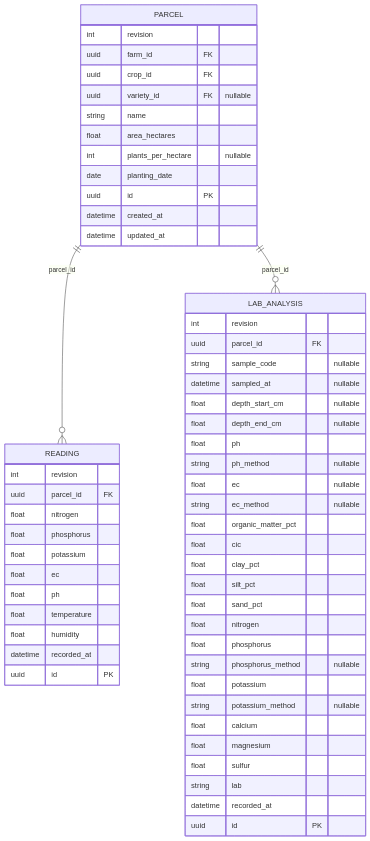
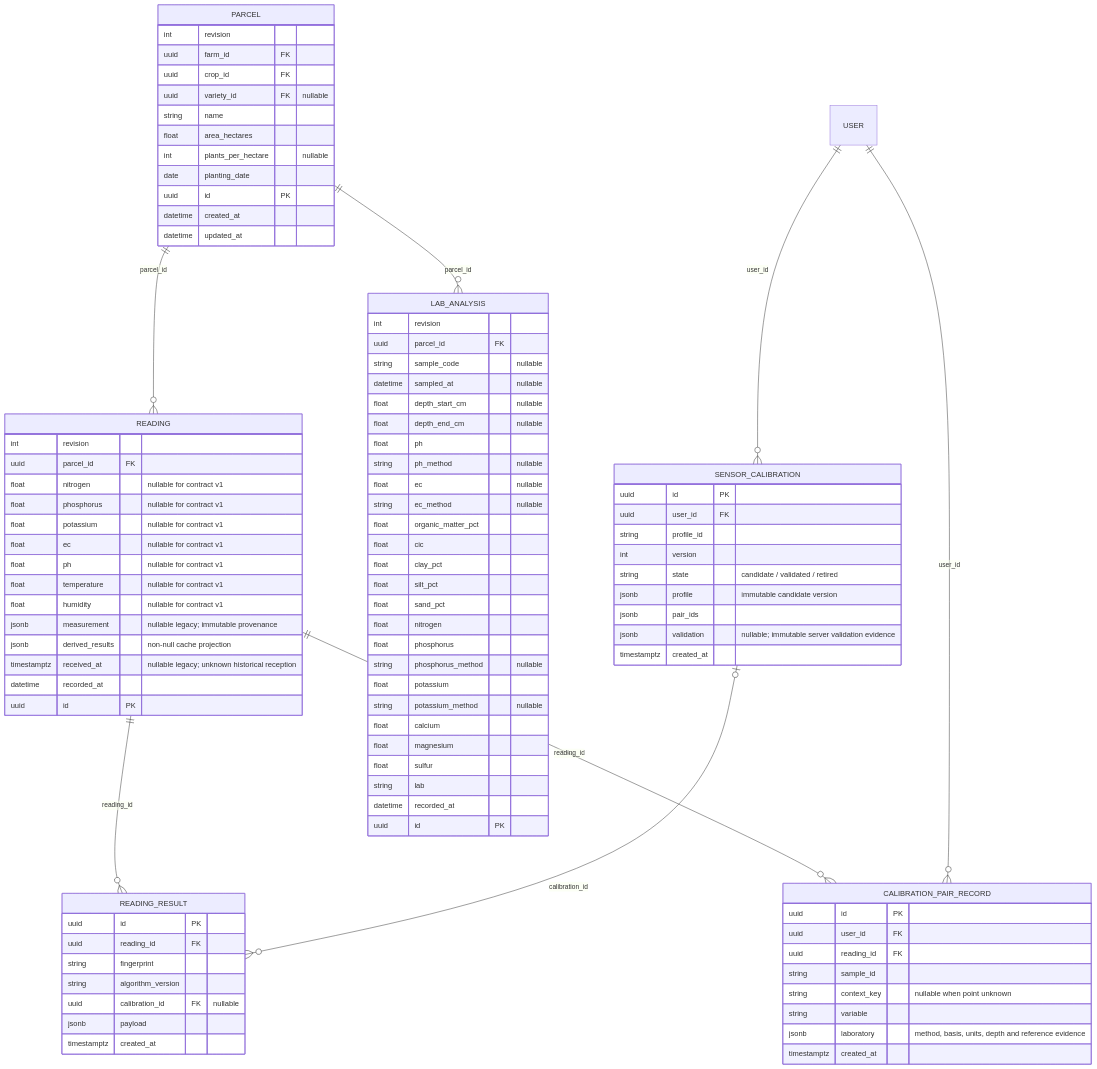
The diagram in docs/diagrams/er_diagrams/er_soil_data.mmd (ferjovel06/agrifos), drawn with Mermaid before and after one commit. The commit also changed 10 other files, not shown here.

Commit message:
docs(sensor): record software evidence and pending physical calibration

```diff
--- a/docs/diagrams/er_diagrams/er_soil_data.mmd
+++ b/docs/diagrams/er_diagrams/er_soil_data.mmd
@@ -1,58 +1,103 @@
 erDiagram
-    %% SQLAlchemy models at main f986ccb; 2026-10-08.
+    %% SQLAlchemy models at feat/npk-measurement-reliability 19df436; 2026-10-09.
+    %% Legacy readings require all seven values; contract v1 preserves only measured variables.
+    %% Canonical originals, results and paired evidence are immutable; derived_results is a cache projection.
     PARCEL ||--o{ READING : parcel_id
     PARCEL ||--o{ LAB_ANALYSIS : parcel_id
+    READING ||--o{ READING_RESULT : reading_id
+    READING ||--o{ CALIBRATION_PAIR_RECORD : reading_id
+    USER ||--o{ CALIBRATION_PAIR_RECORD : user_id
+    USER ||--o{ SENSOR_CALIBRATION : user_id
+    SENSOR_CALIBRATION o|--o{ READING_RESULT : calibration_id
     PARCEL {
         int revision
         uuid farm_id FK
         uuid crop_id FK
         uuid variety_id FK "nullable"
         string name
         float area_hectares
         int plants_per_hectare "nullable"
         date planting_date
         uuid id PK
         datetime created_at
         datetime updated_at
     }
     READING {
         int revision
         uuid parcel_id FK
-        float nitrogen
-        float phosphorus
-        float potassium
-        float ec
-        float ph
-        float temperature
-        float humidity
+        float nitrogen "nullable for contract v1"
+        float phosphorus "nullable for contract v1"
+        float potassium "nullable for contract v1"
+        float ec "nullable for contract v1"
+        float ph "nullable for contract v1"
+        float temperature "nullable for contract v1"
+        float humidity "nullable for contract v1"
+        jsonb measurement "nullable legacy; immutable provenance"
+        jsonb derived_results "non-null cache projection"
+        timestamptz received_at "nullable legacy; unknown historical reception"
         datetime recorded_at
         uuid id PK
+    }
+    %% reading_results: UNIQUE(reading_id, fingerprint).
+    READING_RESULT {
+        uuid id PK
+        uuid reading_id FK
+        string fingerprint
+        string algorithm_version
+        uuid calibration_id FK "nullable"
+        jsonb payload
+        timestamptz created_at
+    }
+    %% sensor_calibration_pairs: UNIQUE(user_id, reading_id, variable).
+    %% context_key groups known session/point/device/parcel/depth repetitions.
+    CALIBRATION_PAIR_RECORD {
+        uuid id PK
+        uuid user_id FK
+        uuid reading_id FK
+        string sample_id
+        string context_key "nullable when point unknown"
+        string variable
+        jsonb laboratory "method, basis, units, depth and reference evidence"
+        timestamptz created_at
+    }
+    %% sensor_calibrations: UNIQUE(user_id, profile_id, version).
+    %% pair_ids stores UUIDs in JSONB; application reauthorizes originals (no FK).
+    SENSOR_CALIBRATION {
+        uuid id PK
+        uuid user_id FK
+        string profile_id
+        int version
+        string state "candidate / validated / retired"
+        jsonb profile "immutable candidate version"
+        jsonb pair_ids
+        jsonb validation "nullable; immutable server validation evidence"
+        timestamptz created_at
     }
     LAB_ANALYSIS {
         int revision
         uuid parcel_id FK
         string sample_code "nullable"
         datetime sampled_at "nullable"
         float depth_start_cm "nullable"
         float depth_end_cm "nullable"
         float ph
         string ph_method "nullable"
         float ec "nullable"
         string ec_method "nullable"
         float organic_matter_pct
         float cic
         float clay_pct
         float silt_pct
         float sand_pct
         float nitrogen
         float phosphorus
         string phosphorus_method "nullable"
         float potassium
         string potassium_method "nullable"
         float calcium
         float magnesium
         float sulfur
         string lab
         datetime recorded_at
         uuid id PK
     }
```
